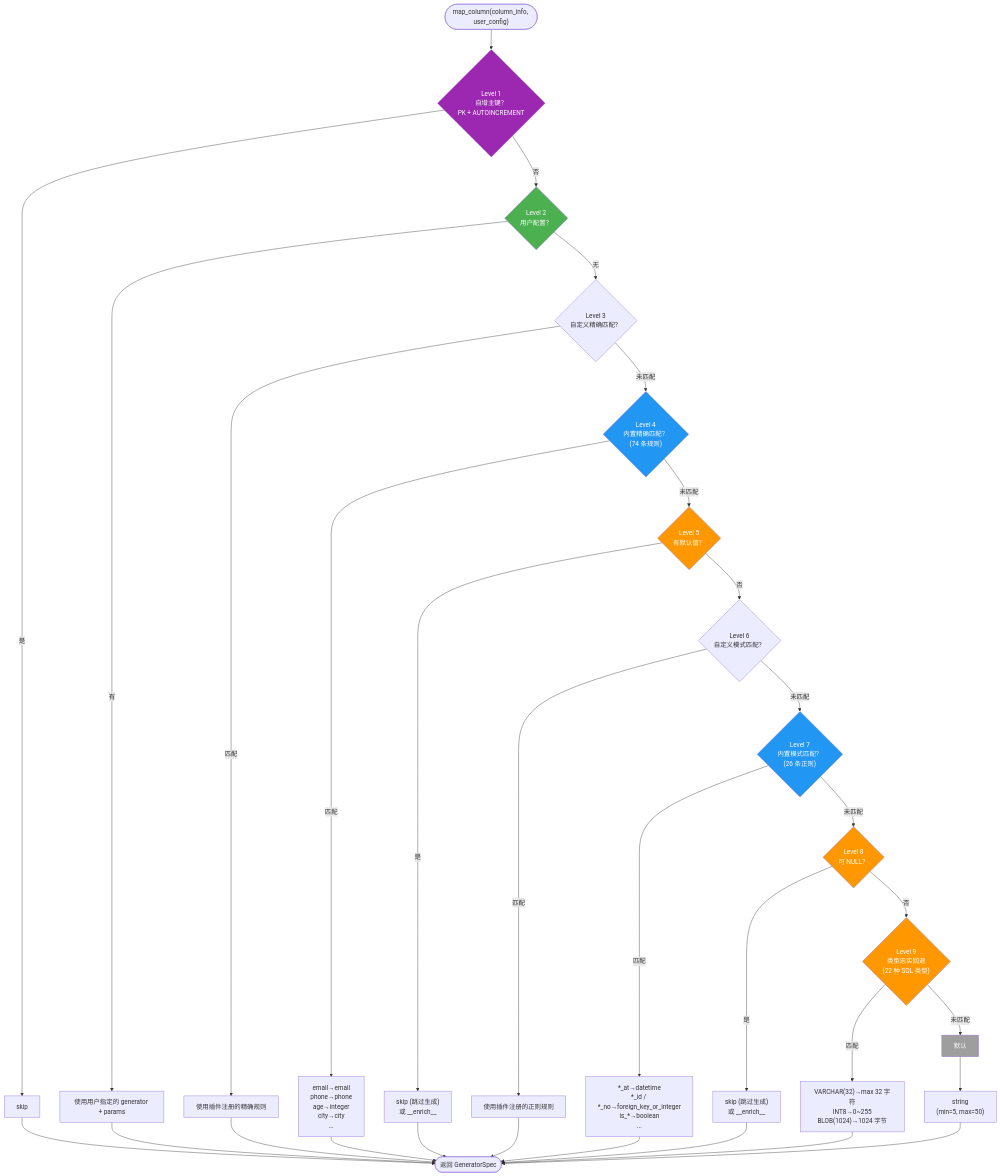
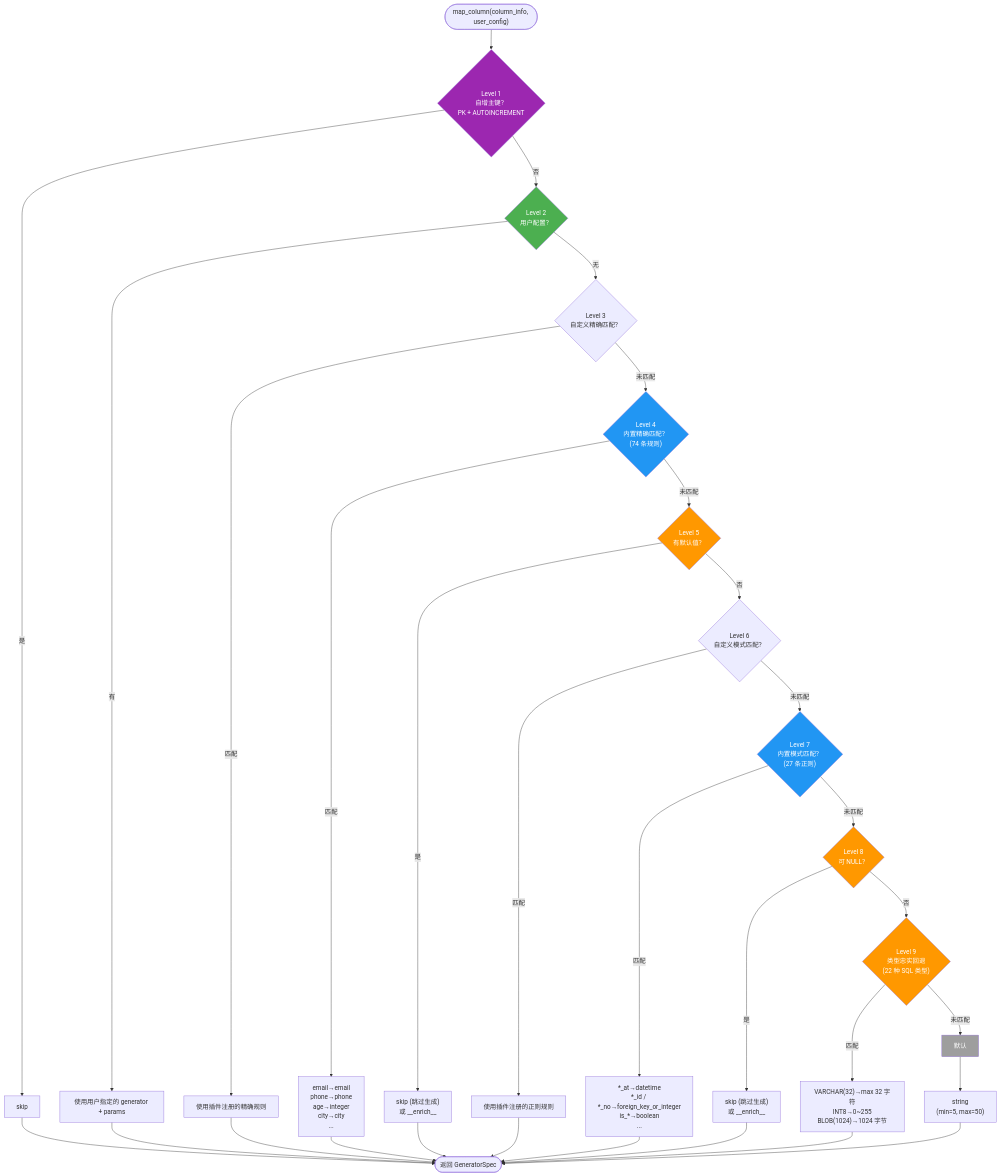
One commit to sunbos/sqlseed changed the third of 11 diagrams in docs/architecture.zh-CN.md. Above: the diagram before and after it, drawn with Mermaid. The commit also changed other lines of this file and 6 other files, not shown here.

First line of the commit message:
feat: doc sync system with AUTO-GENERATED markers

````diff
--- a/docs/architecture.zh-CN.md
+++ b/docs/architecture.zh-CN.md
@@ -197,53 +197,53 @@
 ```mermaid
 flowchart TD
     Start(["map_column(column_info, user_config)"]) --> L1
 
     L1{"Level 1<br/>自增主键？<br/>PK + AUTOINCREMENT"} -->|是| R1["skip"]
     L1 -->|否| L2
 
     L2{"Level 2<br/>用户配置？"} -->|有| R2["使用用户指定的 generator + params"]
     L2 -->|无| L3
 
     L3{"Level 3<br/>自定义精确匹配？"} -->|匹配| R3["使用插件注册的精确规则"]
     L3 -->|未匹配| L4
 
-    L4{"Level 4<br/>内置精确匹配？<br/>(74 条规则)"} -->|匹配| R4["email→email<br/>phone→phone<br/>age→integer<br/>city→city<br/>..."]
+    L4{"Level 4<br/>内置精确匹配？<br/>(<!-- BEGIN:AUTO-GENERATED:exact-match-rule-count -->74<!-- END:AUTO-GENERATED:exact-match-rule-count --> 条规则)"} -->|匹配| R4["email→email<br/>phone→phone<br/>age→integer<br/>city→city<br/>..."]
     L4 -->|未匹配| L5
 
     L5{"Level 5<br/>有默认值？"} -->|是| R5["skip (跳过生成)<br/>或 __enrich__"]
     L5 -->|否| L6
 
     L6{"Level 6<br/>自定义模式匹配？"} -->|匹配| R6["使用插件注册的正则规则"]
     L6 -->|未匹配| L7
 
-    L7{"Level 7<br/>内置模式匹配？<br/>(26 条正则)"} -->|匹配| R7["*_at→datetime<br/>*_id / *_no→foreign_key_or_integer<br/>is_*→boolean<br/>..."]
+    L7{"Level 7<br/>内置模式匹配？<br/>(<!-- BEGIN:AUTO-GENERATED:pattern-match-rule-count -->27<!-- END:AUTO-GENERATED:pattern-match-rule-count --> 条正则)"} -->|匹配| R7["*_at→datetime<br/>*_id / *_no→foreign_key_or_integer<br/>is_*→boolean<br/>..."]
     L7 -->|未匹配| L8
 
     L8{"Level 8<br/>可 NULL？"} -->|是| R8["skip (跳过生成)<br/>或 __enrich__"]
     L8 -->|否| L9
 
     L9{"Level 9<br/>类型忠实回退<br/>(22 种 SQL 类型)"} -->|匹配| R9["VARCHAR(32)→max 32 字符<br/>INT8→0~255<br/>BLOB(1024)→1024 字节"]
     L9 -->|未匹配| L10
 
     L10["默认"] --> R10["string<br/>(min=5, max=50)"]
 
     R1 --> Done(["返回 GeneratorSpec"])
     R2 --> Done
     R3 --> Done
     R4 --> Done
     R5 --> Done
     R6 --> Done
     R7 --> Done
     R8 --> Done
     R9 --> Done
     R10 --> Done
 
     style L1 fill:#9C27B0,color:#fff
     style L2 fill:#4CAF50,color:#fff
     style L4 fill:#2196F3,color:#fff
     style L5 fill:#FF9800,color:#fff
     style L7 fill:#2196F3,color:#fff
     style L8 fill:#FF9800,color:#fff
     style L9 fill:#FF9800,color:#fff
     style L10 fill:#9E9E9E,color:#fff
 ```
````
